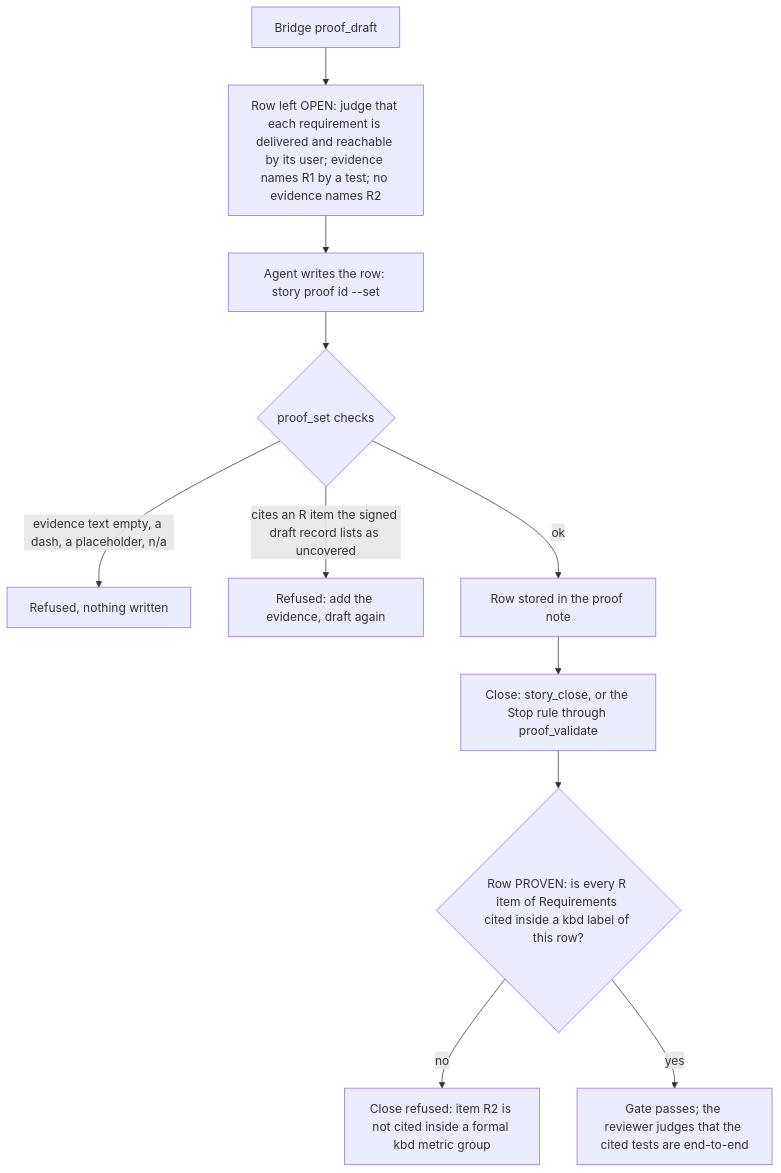
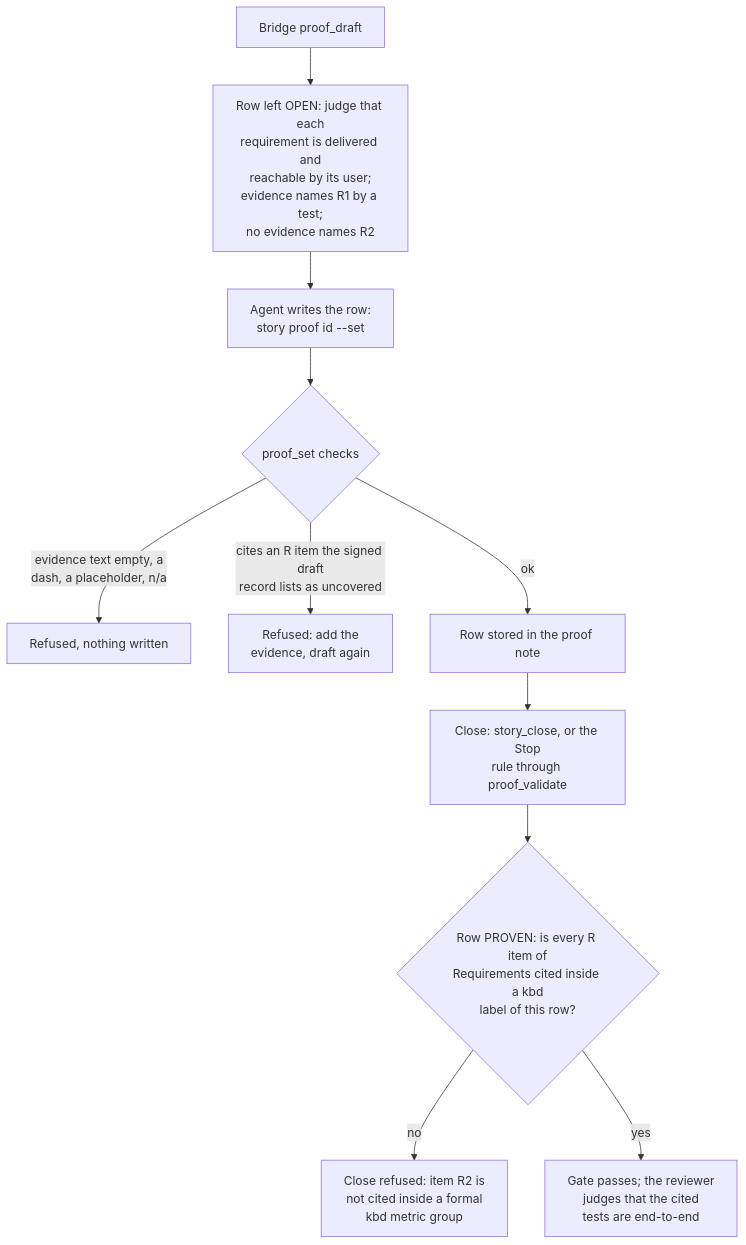
The diagram in docs/PROOF_DIMENSION_FEATURE_AVAILABILITY.md (DogmaSolutions/Kyklos), drawn with Mermaid before and after one commit. The commit also changed 38 other files, not shown here.

````diff
--- a/docs/PROOF_DIMENSION_FEATURE_AVAILABILITY.md
+++ b/docs/PROOF_DIMENSION_FEATURE_AVAILABILITY.md
@@ -29,13 +29,13 @@
 ```mermaid
 flowchart TD
-    A["Bridge proof_draft"] --> B["Row left OPEN: judge that each requirement is delivered and reachable by its user; evidence names R1 by a test; no evidence names R2"]
-    B --> C["Agent writes the row: story proof id --set"]
+    A["Bridge proof_draft"] --> B["Row left OPEN: judge that each<br/>requirement is delivered and<br/>reachable by its user;<br/>evidence names R1 by a test;<br/>no evidence names R2"]
+    B --> C["Agent writes the row:<br/>story proof id --set"]
     C --> D{"proof_set checks"}
-    D -->|"evidence text empty, a dash, a placeholder, n/a"| X1["Refused, nothing written"]
-    D -->|"cites an R item the signed draft record lists as uncovered"| X2["Refused: add the evidence, draft again"]
+    D -->|"evidence text empty, a<br/>dash, a placeholder, n/a"| X1["Refused, nothing written"]
+    D -->|"cites an R item the signed draft<br/>record lists as uncovered"| X2["Refused: add the<br/>evidence, draft again"]
     D -->|"ok"| S["Row stored in the proof note"]
-    S --> E["Close: story_close, or the Stop rule through proof_validate"]
-    E --> F{"Row PROVEN: is every R item of Requirements cited inside a kbd label of this row?"}
-    F -->|"no"| X3["Close refused: item R2 is not cited inside a formal kbd metric group"]
-    F -->|"yes"| OK["Gate passes; the reviewer judges that the cited tests are end-to-end"]
+    S --> E["Close: story_close, or the Stop<br/>rule through proof_validate"]
+    E --> F{"Row PROVEN: is every R item of<br/>Requirements cited inside a kbd<br/>label of this row?"}
+    F -->|"no"| X3["Close refused: item R2 is<br/>not cited inside a formal<br/>kbd metric group"]
+    F -->|"yes"| OK["Gate passes; the reviewer<br/>judges that the cited<br/>tests are end-to-end"]
 ```
````
